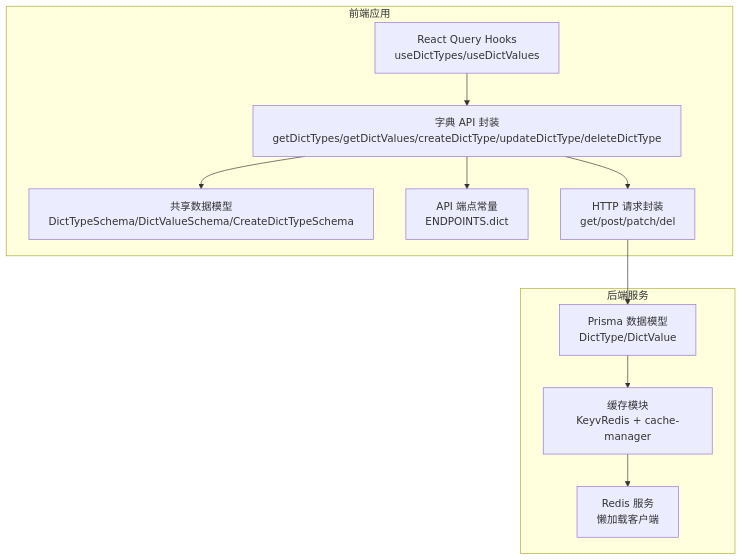
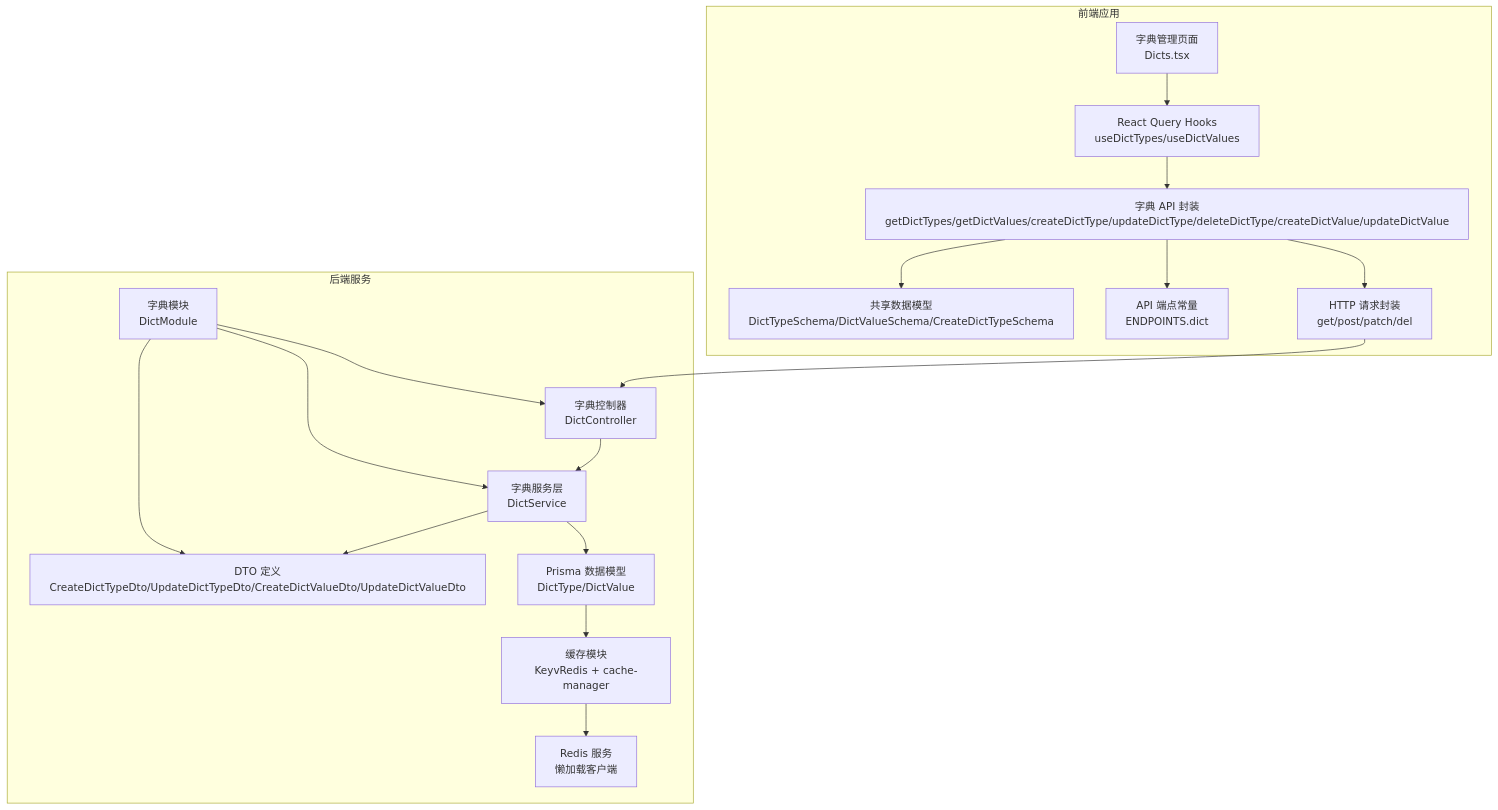
The first of 6 diagrams in .qoder/repowiki/zh/content/前端系统/API 集成/模块化 API 设计/字典管理模块 API.md (translateServers/nodes-stack), drawn with Mermaid before and after one commit. The commit also changed other lines of this file and 5 other files, not shown here.

````diff
--- a/.qoder/repowiki/zh/content/前端系统/API 集成/模块化 API 设计/字典管理模块 API.md
+++ b/.qoder/repowiki/zh/content/前端系统/API 集成/模块化 API 设计/字典管理模块 API.md
@@ -35,22 +49,34 @@
 ```mermaid
 graph TB
 subgraph "前端应用"
+DictsPage["字典管理页面<br/>Dicts.tsx"]
 Hooks["React Query Hooks<br/>useDictTypes/useDictValues"]
-API["字典 API 封装<br/>getDictTypes/getDictValues/createDictType/updateDictType/deleteDictType"]
+API["字典 API 封装<br/>getDictTypes/getDictValues/createDictType/updateDictType/deleteDictType/createDictValue/updateDictValue"]
 Shared["共享数据模型<br/>DictTypeSchema/DictValueSchema/CreateDictTypeSchema"]
 Endpoints["API 端点常量<br/>ENDPOINTS.dict"]
 HTTP["HTTP 请求封装<br/>get/post/patch/del"]
 end
 subgraph "后端服务"
+Controller["字典控制器<br/>DictController"]
+Service["字典服务层<br/>DictService"]
+DTO["DTO 定义<br/>CreateDictTypeDto/UpdateDictTypeDto/CreateDictValueDto/UpdateDictValueDto"]
 Prisma["Prisma 数据模型<br/>DictType/DictValue"]
 Cache["缓存模块<br/>KeyvRedis + cache-manager"]
 Redis["Redis 服务<br/>懒加载客户端"]
+Module["字典模块<br/>DictModule"]
 end
+DictsPage --> Hooks
 Hooks --> API
 API --> Shared
 API --> Endpoints
 API --> HTTP
-HTTP --> Prisma
+HTTP --> Controller
+Controller --> Service
+Service --> DTO
+Service --> Prisma
 Cache --> Redis
 Prisma --> Cache
+Module --> Controller
+Module --> Service
+Module --> DTO
 ```
````
